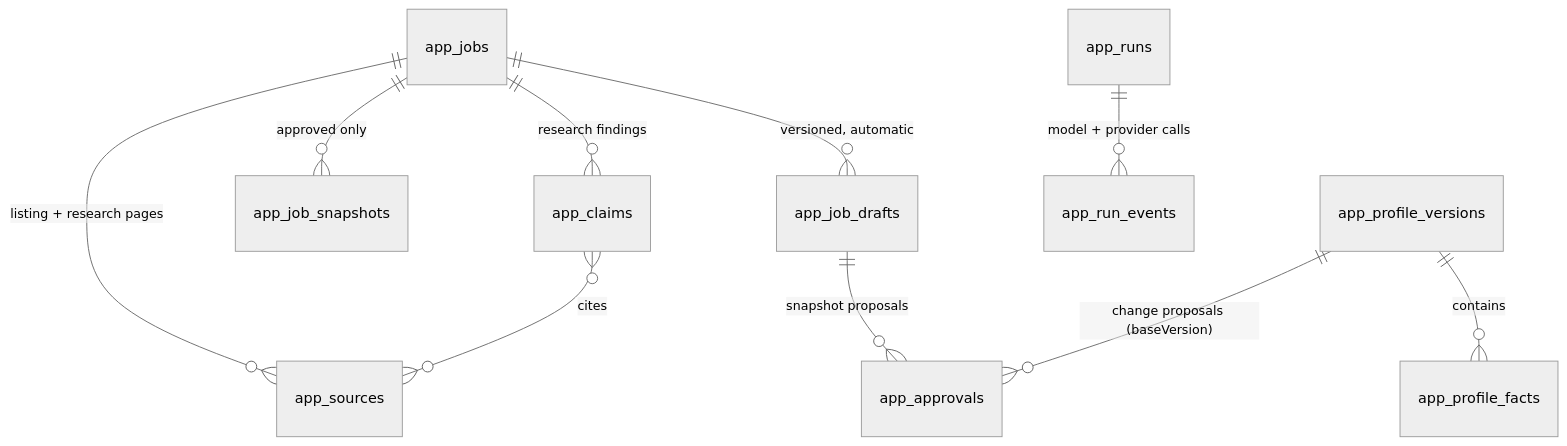
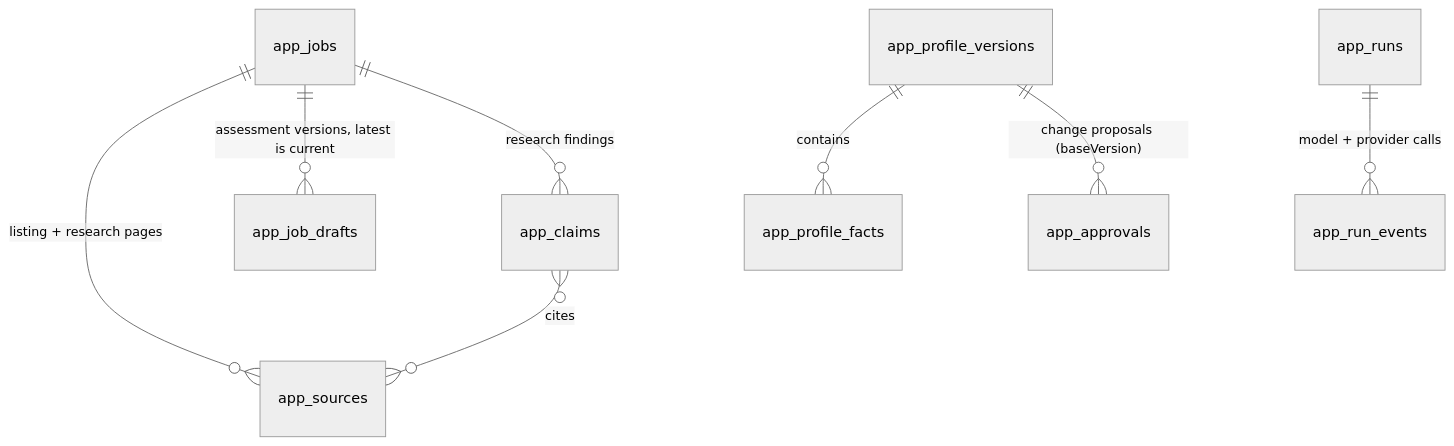
Diagram 12 of 13 in docs/architecture.md (pppdns/job-agent-mastra), drawn with Mermaid (neutral theme) before and after one commit. The commit also changed other lines of this file and 9 other files, not shown here.

````diff
--- a/docs/architecture.md
+++ b/docs/architecture.md
@@ -343,12 +339,10 @@
 ```mermaid
 erDiagram
   app_jobs ||--o{ app_sources : "listing + research pages"
-  app_jobs ||--o{ app_job_drafts : "versioned, automatic"
-  app_jobs ||--o{ app_job_snapshots : "approved only"
+  app_jobs ||--o{ app_job_drafts : "assessment versions, latest is current"
   app_jobs ||--o{ app_claims : "research findings"
   app_claims }o--o{ app_sources : cites
-  app_job_drafts ||--o{ app_approvals : "snapshot proposals"
   app_profile_versions ||--o{ app_profile_facts : contains
   app_profile_versions ||--o{ app_approvals : "change proposals (baseVersion)"
   app_runs ||--o{ app_run_events : "model + provider calls"
 ```
````
